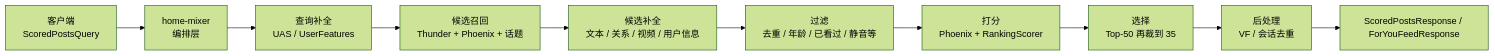
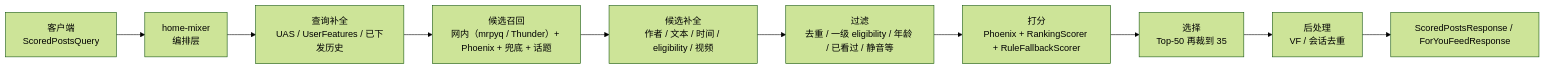
The diagram in docs/home-mixer/README.md (freefcw/x-algorithm), drawn with Mermaid (forest theme) before and after one commit. The commit also changed other lines of this file and 21 other files, not shown here.

````diff
--- a/docs/home-mixer/README.md
+++ b/docs/home-mixer/README.md
@@ -19,12 +19,12 @@
 ```mermaid
 flowchart LR
     Client["客户端<br/>ScoredPostsQuery"] --> HM["home-mixer<br/>编排层"]
-    HM --> QH["查询补全<br/>UAS / UserFeatures"]
-    QH --> SRC["候选召回<br/>Thunder + Phoenix + 话题"]
-    SRC --> HYD["候选补全<br/>文本 / 关系 / 视频 / 用户信息"]
-    HYD --> FIL["过滤<br/>去重 / 年龄 / 已看过 / 静音等"]
-    FIL --> SCO["打分<br/>Phoenix + RankingScorer"]
+    HM --> QH["查询补全<br/>UAS / UserFeatures / 已下发历史"]
+    QH --> SRC["候选召回<br/>网内（mrpyq / Thunder）+ Phoenix + 兜底 + 话题"]
+    SRC --> HYD["候选补全<br/>作者 / 文本 / 时间 / eligibility / 视频"]
+    HYD --> FIL["过滤<br/>去重 / 一级 eligibility / 年龄 / 已看过 / 静音等"]
+    FIL --> SCO["打分<br/>Phoenix + RankingScorer + RuleFallbackScorer"]
     SCO --> SEL["选择<br/>Top-50 再裁到 35"]
     SEL --> POST["后处理<br/>VF / 会话去重"]
     POST --> RESP["ScoredPostsResponse / ForYouFeedResponse"]
 ```
````
